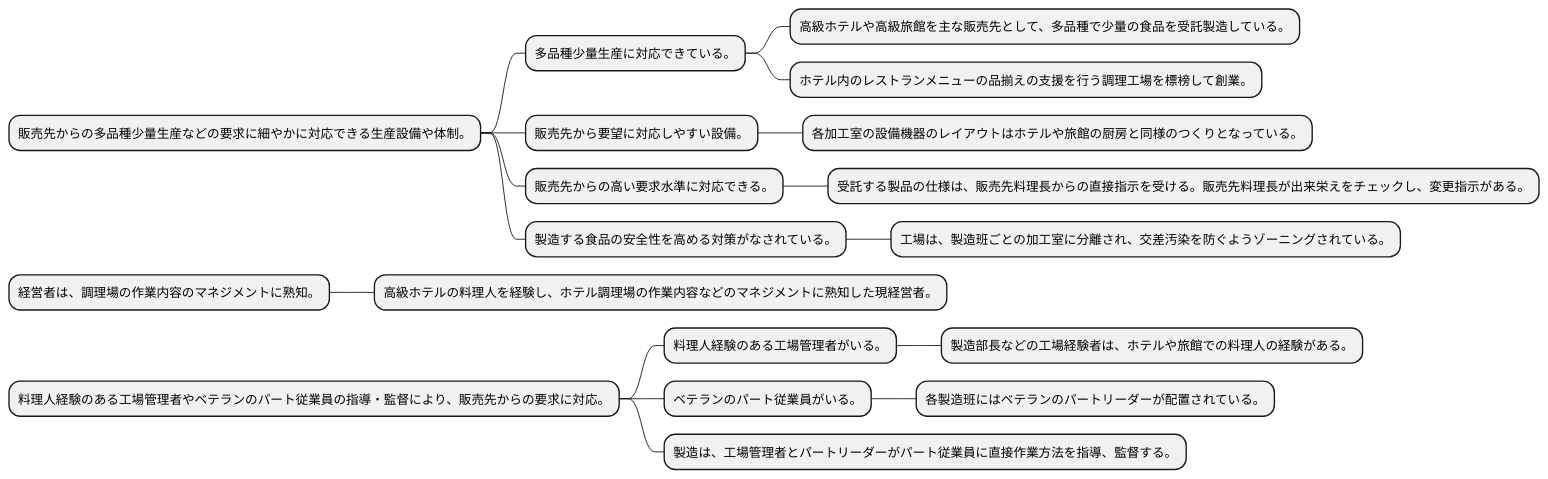
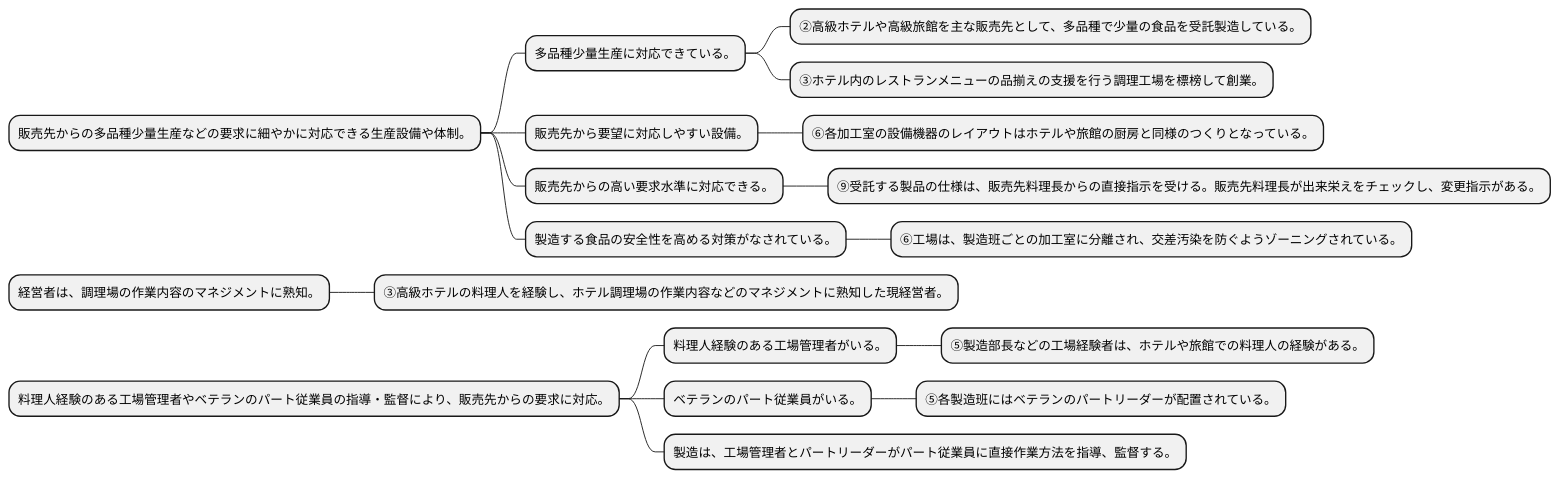
The first of 13 diagrams in docs/case/study/R05/r05_case_3_study_2.adoc (k2works/case-study-business-analysis), drawn with PlantUML before and after one commit. The commit also changed other lines of this file, not shown here.

```diff
--- a/docs/case/study/R05/r05_case_3_study_2.adoc
+++ b/docs/case/study/R05/r05_case_3_study_2.adoc
@@ -55,25 +55,25 @@
 [plantuml]
 ----
 @startmindmap
 
 * 販売先からの多品種少量生産などの要求に細やかに対応できる生産設備や体制。
 ** 多品種少量生産に対応できている。
-*** 高級ホテルや高級旅館を主な販売先として、多品種で少量の食品を受託製造している。
-*** ホテル内のレストランメニューの品揃えの支援を行う調理工場を標榜して創業。
+*** ②高級ホテルや高級旅館を主な販売先として、多品種で少量の食品を受託製造している。
+*** ③ホテル内のレストランメニューの品揃えの支援を行う調理工場を標榜して創業。
 ** 販売先から要望に対応しやすい設備。
-*** 各加工室の設備機器のレイアウトはホテルや旅館の厨房と同様のつくりとなっている。
+*** ⑥各加工室の設備機器のレイアウトはホテルや旅館の厨房と同様のつくりとなっている。
 ** 販売先からの高い要求水準に対応できる。
-*** 受託する製品の仕様は、販売先料理長からの直接指示を受ける。販売先料理長が出来栄えをチェックし、変更指示がある。
+*** ⑨受託する製品の仕様は、販売先料理長からの直接指示を受ける。販売先料理長が出来栄えをチェックし、変更指示がある。
 ** 製造する食品の安全性を高める対策がなされている。
-*** 工場は、製造班ごとの加工室に分離され、交差汚染を防ぐようゾーニングされている。
+*** ⑥工場は、製造班ごとの加工室に分離され、交差汚染を防ぐようゾーニングされている。
 * 経営者は、調理場の作業内容のマネジメントに熟知。
-** 高級ホテルの料理人を経験し、ホテル調理場の作業内容などのマネジメントに熟知した現経営者。
+** ③高級ホテルの料理人を経験し、ホテル調理場の作業内容などのマネジメントに熟知した現経営者。
 * 料理人経験のある工場管理者やベテランのパート従業員の指導・監督により、販売先からの要求に対応。
 ** 料理人経験のある工場管理者がいる。
-*** 製造部長などの工場経験者は、ホテルや旅館での料理人の経験がある。
+*** ⑤製造部長などの工場経験者は、ホテルや旅館での料理人の経験がある。
 ** ベテランのパート従業員がいる。
-*** 各製造班にはベテランのパートリーダーが配置されている。
+*** ⑤各製造班にはベテランのパートリーダーが配置されている。
 ** 製造は、工場管理者とパートリーダーがパート従業員に直接作業方法を指導、監督する。
 
 @endmindmap
 ----
```
